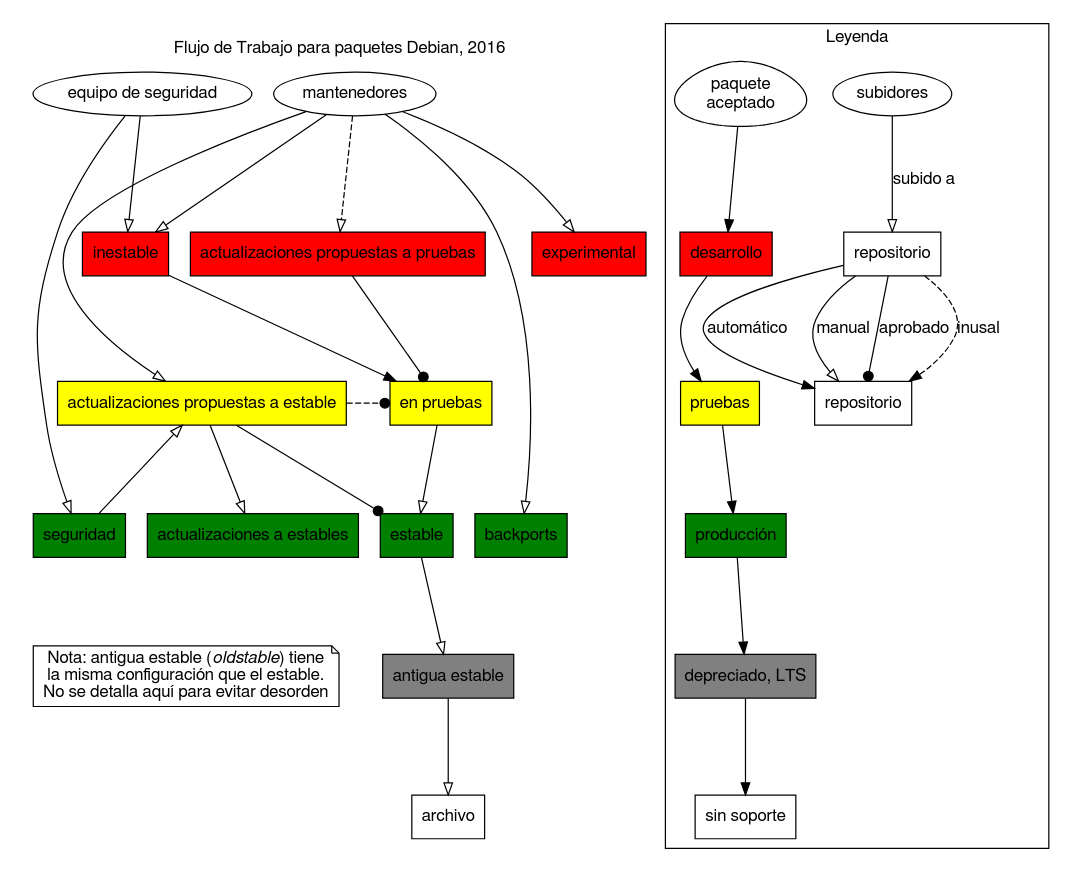
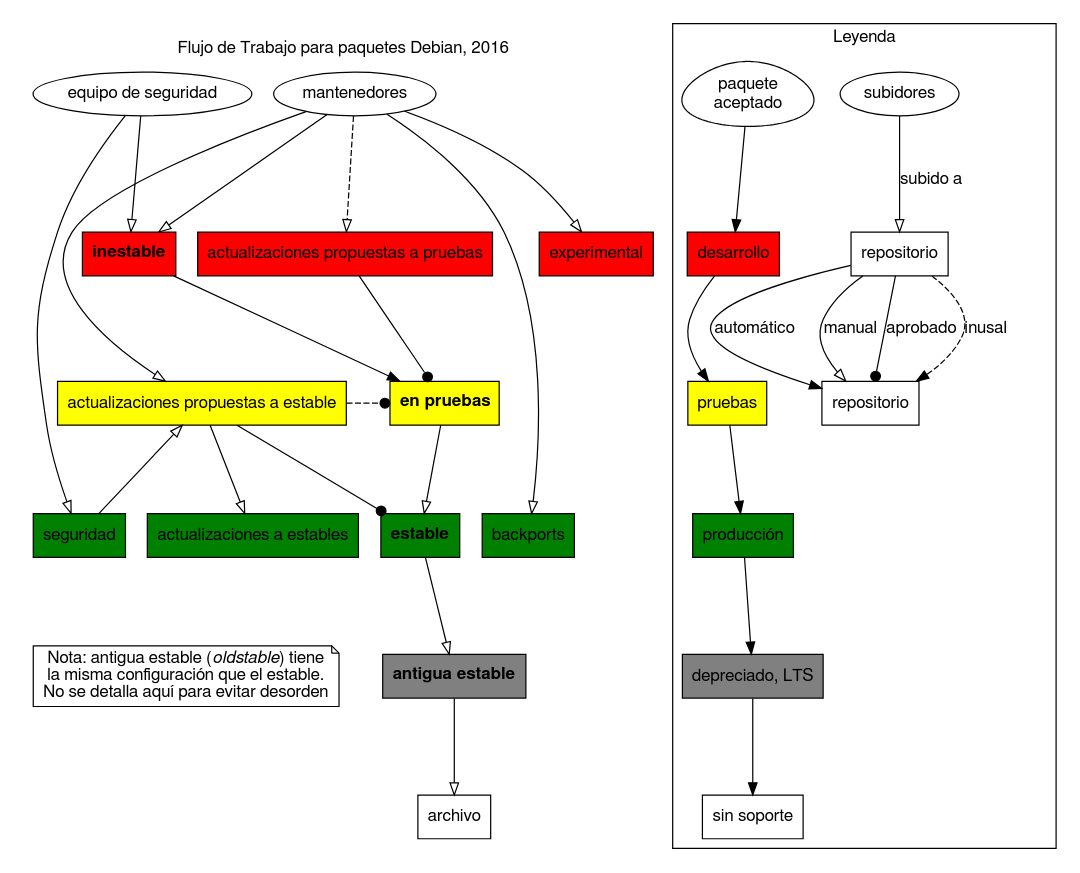
Before and after one commit to davidhdz/davidh-proyecto-grado: the diagram in datos/package-cycle.dot, drawn with Graphviz. The commit also changed 9 other files, not shown here.

```diff
--- a/datos/package-cycle.dot
+++ b/datos/package-cycle.dot
@@ -1,98 +1,98 @@
 # © 2016 Antoine Beaupré <anarcat@debian.org>, CC-BY-SA 4.0
 # Modified by David Hernandez <david.vzla@gmail.com>
 # Original: https://anonscm.debian.org/git/collab-maint/package-cycle.git/tree/package-cycle.dot
 digraph cycle {
     ranksep=1
     splines = true
     size=80
 
     subgraph clusterA {
         label="Flujo de Trabajo para paquetes Debian, 2016"
         labelloc=top
         graph [ fontname=FreeSans fontsize=14 ]
         node  [ fontname=FreeSans ]
         edge  [ fontname=FreeSans ]
 		style=filled
         color=white
 
         # suites
             {
             rank = same                
-            unstable [ label = "inestable" shape=box style=filled fillcolor=red href="https://wiki.debian.org/es/DebianUnstable" ]
+            unstable [ label = <<b>inestable</b>> shape=box style=filled fillcolor=red href="https://wiki.debian.org/es/DebianUnstable" ]
             experimental [ shape=box style=filled fillcolor=red href="https://wiki.debian.org/es/DebianExperimental" ]
             tpu [ label = "actualizaciones propuestas a pruebas" shape=box style=filled fillcolor=red href="https://wiki.debian.org/TestingProposedUpdates" ]
             }
             {
             rank = same
-            testing [ label = "en pruebas" shape=box style=filled fillcolor=yellow href="https://wiki.debian.org/es/DebianTesting" ]
+            testing [ label = <<b>en pruebas</b>> shape=box style=filled fillcolor=yellow href="https://wiki.debian.org/es/DebianTesting" ]
             pu [ label = "actualizaciones propuestas a estable" shape=box style=filled fillcolor=yellow href="https://wiki.debian.org/es/StableProposedUpdates" ]
             }
             {
             rank = same
-            stable [ label = "estable" shape=box style=filled fillcolor=green href="https://wiki.debian.org/DebianEstable" ]
+            stable [ label = <<b>estable</b>> shape=box style=filled fillcolor=green href="https://wiki.debian.org/DebianEstable" ]
             security [ label = "seguridad" shape=box style=filled fillcolor=green href="https://www.debian.org/security/" ]
             su [ label = "actualizaciones a estables" shape=box style=filled fillcolor=green href="https://wiki.debian.org/es/StableUpdates" ]
             backports [ shape=box style=filled fillcolor=green href="https://wiki.debian.org/es/Backports/" ]
             }
             {
             rank=same
-            oldstable [ label = "antigua estable" shape=box style=filled fillcolor=grey href="https://wiki.debian.org/es/DebianOldStable" ]
+            oldstable [ label = <<b>antigua estable</b>> shape=box style=filled fillcolor=grey href="https://wiki.debian.org/es/DebianOldStable" ]
             note [ label=<Nota: antigua estable (<i>oldstable</i>) tiene<br/>la misma configuración que el estable.<br/>No se detalla aquí para evitar desorden> shape=note ]
             # make sure note is next to oldstable
             note -> oldstable [ style=invis ]
             }
             {
             rank=same
             archive [ label = "archivo" href="http://archive.debian.org" shape=box ]
             }
 
             maint [ label="mantenedores" href="https://wiki.debian.org/Maintainers" ]
             secteam [ label="equipo de seguridad" href="https://wiki.debian.org/Teams/Security" ]
     }
 
     # upload workflow
     secteam -> unstable [ arrowhead=empty ]
     secteam -> security [ arrowhead=empty ]
     maint -> unstable [ arrowhead=empty ]
     maint -> pu [ arrowhead=empty ]
     maint -> experimental [ arrowhead=empty ]
     maint -> tpu [ style=dashed arrowhead=empty ]
     # make sure it's close to testing
     testing -> backports [ arrowhead=empty style=invis ]
     unstable -> testing [ href="https://www.debian.org/doc/manuals/developers-reference/pkgs.html#testing-unstable" ]
     testing -> stable -> oldstable -> archive [ arrowhead=empty ]
     security -> pu [ arrowhead=empty ]
     pu -> stable [ arrowhead=dot, href="https://wiki.debian.org/Teams/ReleaseTeam" ]
     pu -> testing [ arrowhead=dot href="https://wiki.debian.org/Teams/ReleaseTeam" style=dashed ]
     tpu -> testing [ arrowhead=dot href="https://wiki.debian.org/Teams/ReleaseTeam" ]
     pu -> su [ arrowhead=empty ]
     maint -> backports [ arrowhead=empty ] # headlabel="desde\npruebas" ]
 
     subgraph cluster1 {
         label="Leyenda"
         labelloc=top
         graph [ fontname=FreeSans fontsize=14 ]
         node  [ fontname=FreeSans ]
         edge  [ fontname=FreeSans ]
 
         persona [ label="subidores" ]
         subrepository [ shape=box label="repositorio" ]
         repository [ label="repositorio" shape=box ]
         paquete [ label="paquete\naceptado" shape=egg ]
 
         production [ label="producción" shape=box style=filled fillcolor=green ]
         development [ label="desarrollo" shape=box style=filled fillcolor=red ]
         test [ shape=box style=filled fillcolor=yellow label="pruebas" ]
         production [ label="producción" shape=box style=filled fillcolor=green ]
         deprecated [ shape=box style=filled fillcolor=grey label="depreciado, LTS" ]
         unsupported [ label="sin soporte" shape=box ]
 
         persona -> repository [ arrowhead=empty label="subido a" ] 
         repository -> subrepository [ label="automático" ]
         repository -> subrepository [ arrowhead=empty label="manual" ]
         repository -> subrepository [ arrowhead=dot label="aprobado" ]
         repository -> subrepository [ style=dashed label="inusal" ]
 
         paquete -> development -> test -> production -> deprecated -> unsupported  
     }
 }
```
